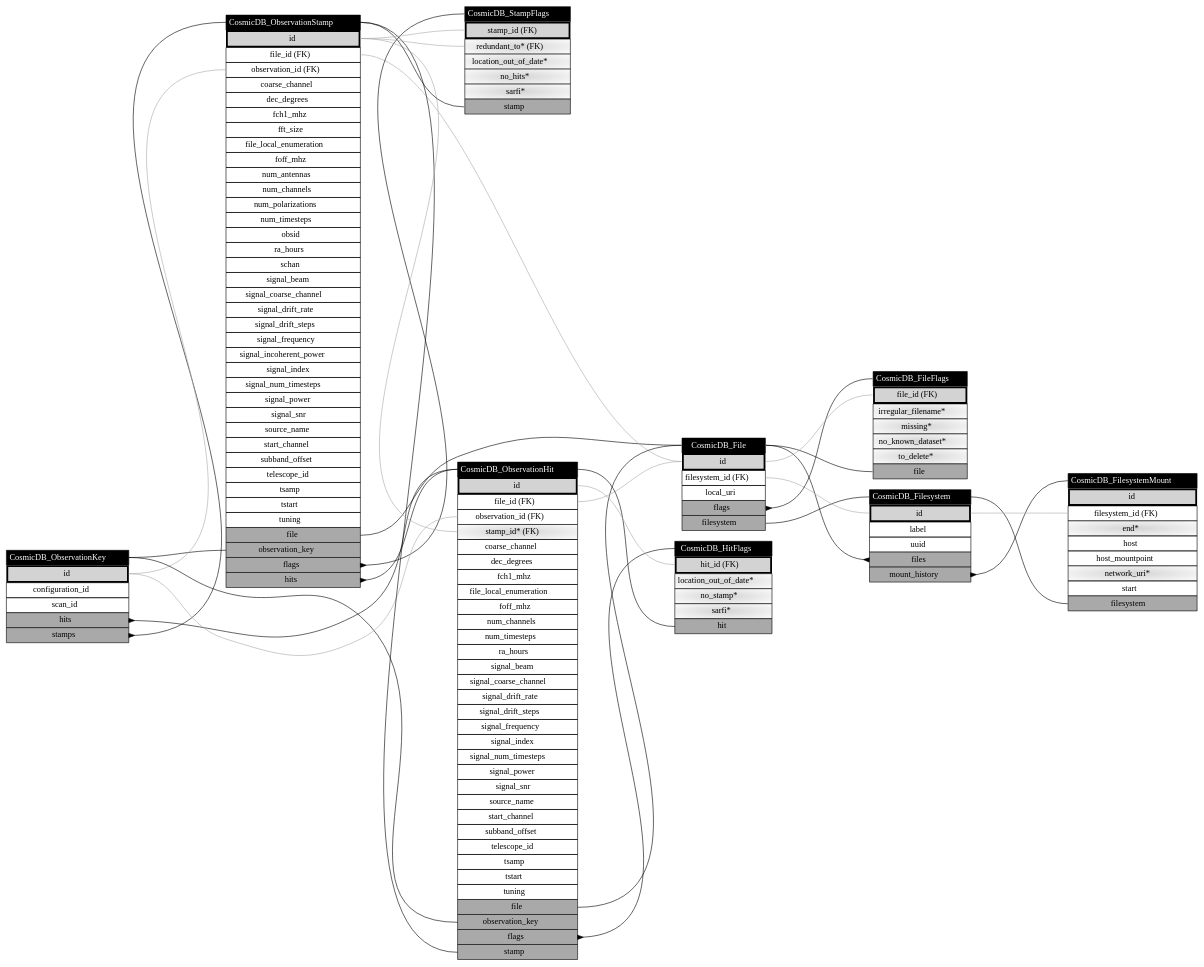
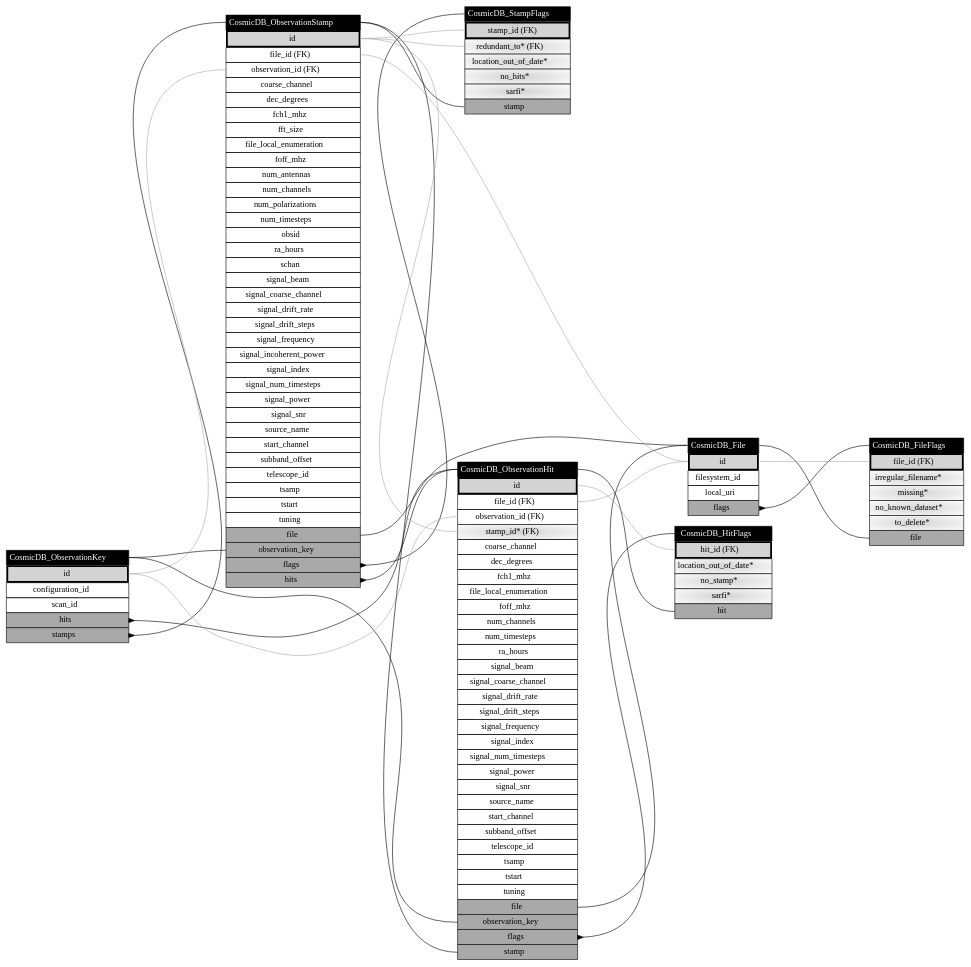
One commit to COSMIC-SETI/COSMIC-VLA-Database changed the diagram in docs/classes_Storage.dot. Above: the diagram before and after it, drawn with Graphviz. The commit also changed 11 other files, not shown here.

```diff
--- a/docs/classes_Storage.dot
+++ b/docs/classes_Storage.dot
@@ -1,170 +1,144 @@
 digraph CosmicDB_Storage {
 layout=dot;
 rankdir=LR;
 ranksep="2.25";
 CosmicDB_ObservationKey [label=<<table border="0" cellborder="1" cellspacing="0" cellpadding="4">
 	<tr><td bgcolor="black" port="class"><font color="white">CosmicDB_ObservationKey</font></td></tr>
 	<tr><td port="pk" bgcolor="lightgrey" border="3">id</td></tr>
 	<tr><td port="configuration_id">configuration_id</td></tr>
 	<tr><td port="scan_id">scan_id</td></tr>
 	<tr><td bgcolor="darkgrey" port="hits">hits</td></tr>
 	<tr><td bgcolor="darkgrey" port="stamps">stamps</td></tr>
 </table>>, shape=plain];
-CosmicDB_Filesystem [label=<<table border="0" cellborder="1" cellspacing="0" cellpadding="4">
-	<tr><td bgcolor="black" port="class"><font color="white">CosmicDB_Filesystem</font></td></tr>
-	<tr><td port="pk" bgcolor="lightgrey" border="3">id</td></tr>
-	<tr><td port="label">label</td></tr>
-	<tr><td port="uuid">uuid</td></tr>
-	<tr><td bgcolor="darkgrey" port="files">files</td></tr>
-	<tr><td bgcolor="darkgrey" port="mount_history">mount_history</td></tr>
-</table>>, shape=plain];
-CosmicDB_FilesystemMount [label=<<table border="0" cellborder="1" cellspacing="0" cellpadding="4">
-	<tr><td bgcolor="black" port="class"><font color="white">CosmicDB_FilesystemMount</font></td></tr>
-	<tr><td port="pk" bgcolor="lightgrey" border="3">id</td></tr>
-	<tr><td port="filesystem_id">filesystem_id (FK)</td></tr>
-	<tr><td port="end" bgcolor="lightgrey:white" style="radial">end*</td></tr>
-	<tr><td port="host">host</td></tr>
-	<tr><td port="host_mountpoint">host_mountpoint</td></tr>
-	<tr><td port="network_uri" bgcolor="lightgrey:white" style="radial">network_uri*</td></tr>
-	<tr><td port="start">start</td></tr>
-	<tr><td bgcolor="darkgrey" port="filesystem">filesystem</td></tr>
-</table>>, shape=plain];
 CosmicDB_File [label=<<table border="0" cellborder="1" cellspacing="0" cellpadding="4">
 	<tr><td bgcolor="black" port="class"><font color="white">CosmicDB_File</font></td></tr>
 	<tr><td port="pk" bgcolor="lightgrey" border="3">id</td></tr>
-	<tr><td port="filesystem_id">filesystem_id (FK)</td></tr>
+	<tr><td port="filesystem_id">filesystem_id</td></tr>
 	<tr><td port="local_uri">local_uri</td></tr>
 	<tr><td bgcolor="darkgrey" port="flags">flags</td></tr>
-	<tr><td bgcolor="darkgrey" port="filesystem">filesystem</td></tr>
 </table>>, shape=plain];
 CosmicDB_FileFlags [label=<<table border="0" cellborder="1" cellspacing="0" cellpadding="4">
 	<tr><td bgcolor="black" port="class"><font color="white">CosmicDB_FileFlags</font></td></tr>
 	<tr><td port="pk" bgcolor="lightgrey" border="3">file_id (FK)</td></tr>
 	<tr><td port="irregular_filename" bgcolor="lightgrey:white" style="radial">irregular_filename*</td></tr>
 	<tr><td port="missing" bgcolor="lightgrey:white" style="radial">missing*</td></tr>
 	<tr><td port="no_known_dataset" bgcolor="lightgrey:white" style="radial">no_known_dataset*</td></tr>
 	<tr><td port="to_delete" bgcolor="lightgrey:white" style="radial">to_delete*</td></tr>
 	<tr><td bgcolor="darkgrey" port="file">file</td></tr>
 </table>>, shape=plain];
 CosmicDB_ObservationStamp [label=<<table border="0" cellborder="1" cellspacing="0" cellpadding="4">
 	<tr><td bgcolor="black" port="class"><font color="white">CosmicDB_ObservationStamp</font></td></tr>
 	<tr><td port="pk" bgcolor="lightgrey" border="3">id</td></tr>
 	<tr><td port="file_id">file_id (FK)</td></tr>
 	<tr><td port="observation_id">observation_id (FK)</td></tr>
 	<tr><td port="coarse_channel">coarse_channel</td></tr>
 	<tr><td port="dec_degrees">dec_degrees</td></tr>
 	<tr><td port="fch1_mhz">fch1_mhz</td></tr>
 	<tr><td port="fft_size">fft_size</td></tr>
 	<tr><td port="file_local_enumeration">file_local_enumeration</td></tr>
 	<tr><td port="foff_mhz">foff_mhz</td></tr>
 	<tr><td port="num_antennas">num_antennas</td></tr>
 	<tr><td port="num_channels">num_channels</td></tr>
 	<tr><td port="num_polarizations">num_polarizations</td></tr>
 	<tr><td port="num_timesteps">num_timesteps</td></tr>
 	<tr><td port="obsid">obsid</td></tr>
 	<tr><td port="ra_hours">ra_hours</td></tr>
 	<tr><td port="schan">schan</td></tr>
 	<tr><td port="signal_beam">signal_beam</td></tr>
 	<tr><td port="signal_coarse_channel">signal_coarse_channel</td></tr>
 	<tr><td port="signal_drift_rate">signal_drift_rate</td></tr>
 	<tr><td port="signal_drift_steps">signal_drift_steps</td></tr>
 	<tr><td port="signal_frequency">signal_frequency</td></tr>
 	<tr><td port="signal_incoherent_power">signal_incoherent_power</td></tr>
 	<tr><td port="signal_index">signal_index</td></tr>
 	<tr><td port="signal_num_timesteps">signal_num_timesteps</td></tr>
 	<tr><td port="signal_power">signal_power</td></tr>
 	<tr><td port="signal_snr">signal_snr</td></tr>
 	<tr><td port="source_name">source_name</td></tr>
 	<tr><td port="start_channel">start_channel</td></tr>
 	<tr><td port="subband_offset">subband_offset</td></tr>
 	<tr><td port="telescope_id">telescope_id</td></tr>
 	<tr><td port="tsamp">tsamp</td></tr>
 	<tr><td port="tstart">tstart</td></tr>
 	<tr><td port="tuning">tuning</td></tr>
 	<tr><td bgcolor="darkgrey" port="file">file</td></tr>
 	<tr><td bgcolor="darkgrey" port="observation_key">observation_key</td></tr>
 	<tr><td bgcolor="darkgrey" port="flags">flags</td></tr>
 	<tr><td bgcolor="darkgrey" port="hits">hits</td></tr>
 </table>>, shape=plain];
 CosmicDB_ObservationHit [label=<<table border="0" cellborder="1" cellspacing="0" cellpadding="4">
 	<tr><td bgcolor="black" port="class"><font color="white">CosmicDB_ObservationHit</font></td></tr>
 	<tr><td port="pk" bgcolor="lightgrey" border="3">id</td></tr>
 	<tr><td port="file_id">file_id (FK)</td></tr>
 	<tr><td port="observation_id">observation_id (FK)</td></tr>
 	<tr><td port="stamp_id" bgcolor="lightgrey:white" style="radial">stamp_id* (FK)</td></tr>
 	<tr><td port="coarse_channel">coarse_channel</td></tr>
 	<tr><td port="dec_degrees">dec_degrees</td></tr>
 	<tr><td port="fch1_mhz">fch1_mhz</td></tr>
 	<tr><td port="file_local_enumeration">file_local_enumeration</td></tr>
 	<tr><td port="foff_mhz">foff_mhz</td></tr>
 	<tr><td port="num_channels">num_channels</td></tr>
 	<tr><td port="num_timesteps">num_timesteps</td></tr>
 	<tr><td port="ra_hours">ra_hours</td></tr>
 	<tr><td port="signal_beam">signal_beam</td></tr>
 	<tr><td port="signal_coarse_channel">signal_coarse_channel</td></tr>
 	<tr><td port="signal_drift_rate">signal_drift_rate</td></tr>
 	<tr><td port="signal_drift_steps">signal_drift_steps</td></tr>
 	<tr><td port="signal_frequency">signal_frequency</td></tr>
 	<tr><td port="signal_index">signal_index</td></tr>
 	<tr><td port="signal_num_timesteps">signal_num_timesteps</td></tr>
 	<tr><td port="signal_power">signal_power</td></tr>
 	<tr><td port="signal_snr">signal_snr</td></tr>
 	<tr><td port="source_name">source_name</td></tr>
 	<tr><td port="start_channel">start_channel</td></tr>
 	<tr><td port="subband_offset">subband_offset</td></tr>
 	<tr><td port="telescope_id">telescope_id</td></tr>
 	<tr><td port="tsamp">tsamp</td></tr>
 	<tr><td port="tstart">tstart</td></tr>
 	<tr><td port="tuning">tuning</td></tr>
 	<tr><td bgcolor="darkgrey" port="file">file</td></tr>
 	<tr><td bgcolor="darkgrey" port="observation_key">observation_key</td></tr>
 	<tr><td bgcolor="darkgrey" port="flags">flags</td></tr>
 	<tr><td bgcolor="darkgrey" port="stamp">stamp</td></tr>
 </table>>, shape=plain];
 CosmicDB_HitFlags [label=<<table border="0" cellborder="1" cellspacing="0" cellpadding="4">
 	<tr><td bgcolor="black" port="class"><font color="white">CosmicDB_HitFlags</font></td></tr>
 	<tr><td port="pk" bgcolor="lightgrey" border="3">hit_id (FK)</td></tr>
 	<tr><td port="location_out_of_date" bgcolor="lightgrey:white" style="radial">location_out_of_date*</td></tr>
 	<tr><td port="no_stamp" bgcolor="lightgrey:white" style="radial">no_stamp*</td></tr>
 	<tr><td port="sarfi" bgcolor="lightgrey:white" style="radial">sarfi*</td></tr>
 	<tr><td bgcolor="darkgrey" port="hit">hit</td></tr>
 </table>>, shape=plain];
 CosmicDB_StampFlags [label=<<table border="0" cellborder="1" cellspacing="0" cellpadding="4">
 	<tr><td bgcolor="black" port="class"><font color="white">CosmicDB_StampFlags</font></td></tr>
 	<tr><td port="pk" bgcolor="lightgrey" border="3">stamp_id (FK)</td></tr>
 	<tr><td port="redundant_to" bgcolor="lightgrey:white" style="radial">redundant_to* (FK)</td></tr>
 	<tr><td port="location_out_of_date" bgcolor="lightgrey:white" style="radial">location_out_of_date*</td></tr>
 	<tr><td port="no_hits" bgcolor="lightgrey:white" style="radial">no_hits*</td></tr>
 	<tr><td port="sarfi" bgcolor="lightgrey:white" style="radial">sarfi*</td></tr>
 	<tr><td bgcolor="darkgrey" port="stamp">stamp</td></tr>
 </table>>, shape=plain];
 CosmicDB_ObservationKey:hits -> CosmicDB_ObservationHit:class  [arrowtail=inv, dir=back];
 CosmicDB_ObservationKey:stamps -> CosmicDB_ObservationStamp:class  [arrowtail=inv, dir=back];
-CosmicDB_Filesystem:files -> CosmicDB_File:class  [arrowtail=inv, dir=back];
-CosmicDB_Filesystem:mount_history -> CosmicDB_FilesystemMount:class  [arrowtail=inv, dir=back];
-CosmicDB_FilesystemMount:filesystem -> CosmicDB_Filesystem:class  [arrowtail=none, dir=back];
 CosmicDB_File:flags -> CosmicDB_FileFlags:class  [arrowtail=inv, dir=back];
-CosmicDB_File:filesystem -> CosmicDB_Filesystem:class  [arrowtail=none, dir=back];
 CosmicDB_FileFlags:file -> CosmicDB_File:class  [arrowtail=none, dir=back];
 CosmicDB_ObservationStamp:file -> CosmicDB_File:class  [arrowtail=none, dir=back];
 CosmicDB_ObservationStamp:observation_key -> CosmicDB_ObservationKey:class  [arrowtail=none, dir=back];
 CosmicDB_ObservationStamp:flags -> CosmicDB_StampFlags:class  [arrowtail=inv, dir=back];
 CosmicDB_ObservationStamp:hits -> CosmicDB_ObservationHit:class  [arrowtail=inv, dir=back];
 CosmicDB_ObservationHit:file -> CosmicDB_File:class  [arrowtail=none, dir=back];
 CosmicDB_ObservationHit:observation_key -> CosmicDB_ObservationKey:class  [arrowtail=none, dir=back];
 CosmicDB_ObservationHit:flags -> CosmicDB_HitFlags:class  [arrowtail=inv, dir=back];
 CosmicDB_ObservationHit:stamp -> CosmicDB_ObservationStamp:class  [arrowtail=none, dir=back];
 CosmicDB_HitFlags:hit -> CosmicDB_ObservationHit:class  [arrowtail=none, dir=back];
 CosmicDB_StampFlags:stamp -> CosmicDB_ObservationStamp:class  [arrowtail=none, dir=back];
-CosmicDB_FilesystemMount:filesystem_id -> CosmicDB_Filesystem:pk  [arrowtail=none, color=darkgrey, dir=back];
-CosmicDB_File:filesystem_id -> CosmicDB_Filesystem:pk  [arrowtail=none, color=darkgrey, dir=back];
 CosmicDB_FileFlags:pk -> CosmicDB_File:pk  [arrowtail=none, color=darkgrey, dir=back];
 CosmicDB_ObservationStamp:file_id -> CosmicDB_File:pk  [arrowtail=none, color=darkgrey, dir=back];
 CosmicDB_ObservationStamp:observation_id -> CosmicDB_ObservationKey:pk  [arrowtail=none, color=darkgrey, dir=back];
 CosmicDB_ObservationHit:file_id -> CosmicDB_File:pk  [arrowtail=none, color=darkgrey, dir=back];
 CosmicDB_ObservationHit:observation_id -> CosmicDB_ObservationKey:pk  [arrowtail=none, color=darkgrey, dir=back];
 CosmicDB_ObservationHit:stamp_id -> CosmicDB_ObservationStamp:pk  [arrowtail=none, color=darkgrey, dir=back];
 CosmicDB_HitFlags:pk -> CosmicDB_ObservationHit:pk  [arrowtail=none, color=darkgrey, dir=back];
 CosmicDB_StampFlags:redundant_to -> CosmicDB_ObservationStamp:pk  [arrowtail=none, color=darkgrey, dir=back];
 CosmicDB_StampFlags:pk -> CosmicDB_ObservationStamp:pk  [arrowtail=none, color=darkgrey, dir=back];
 }
```
